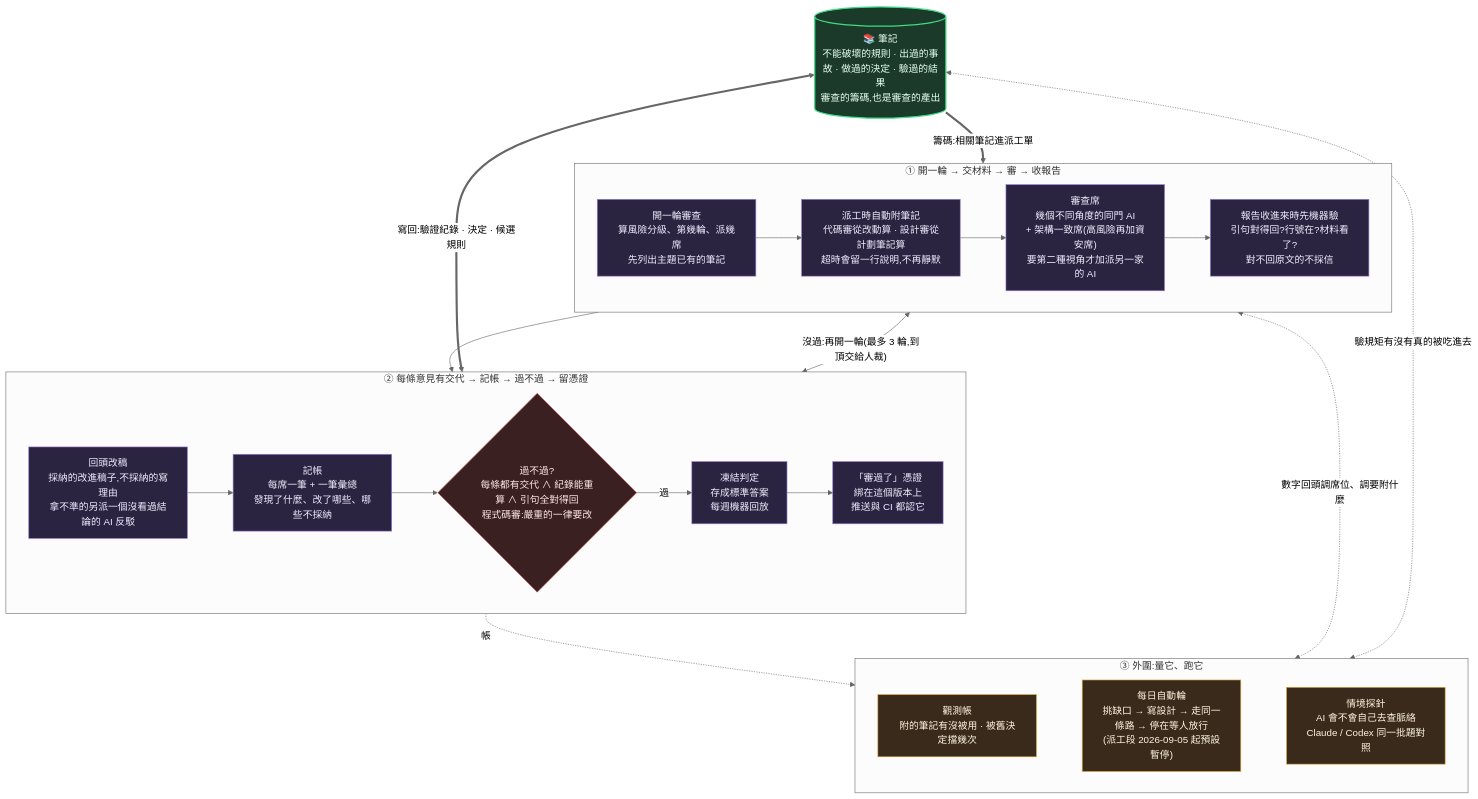
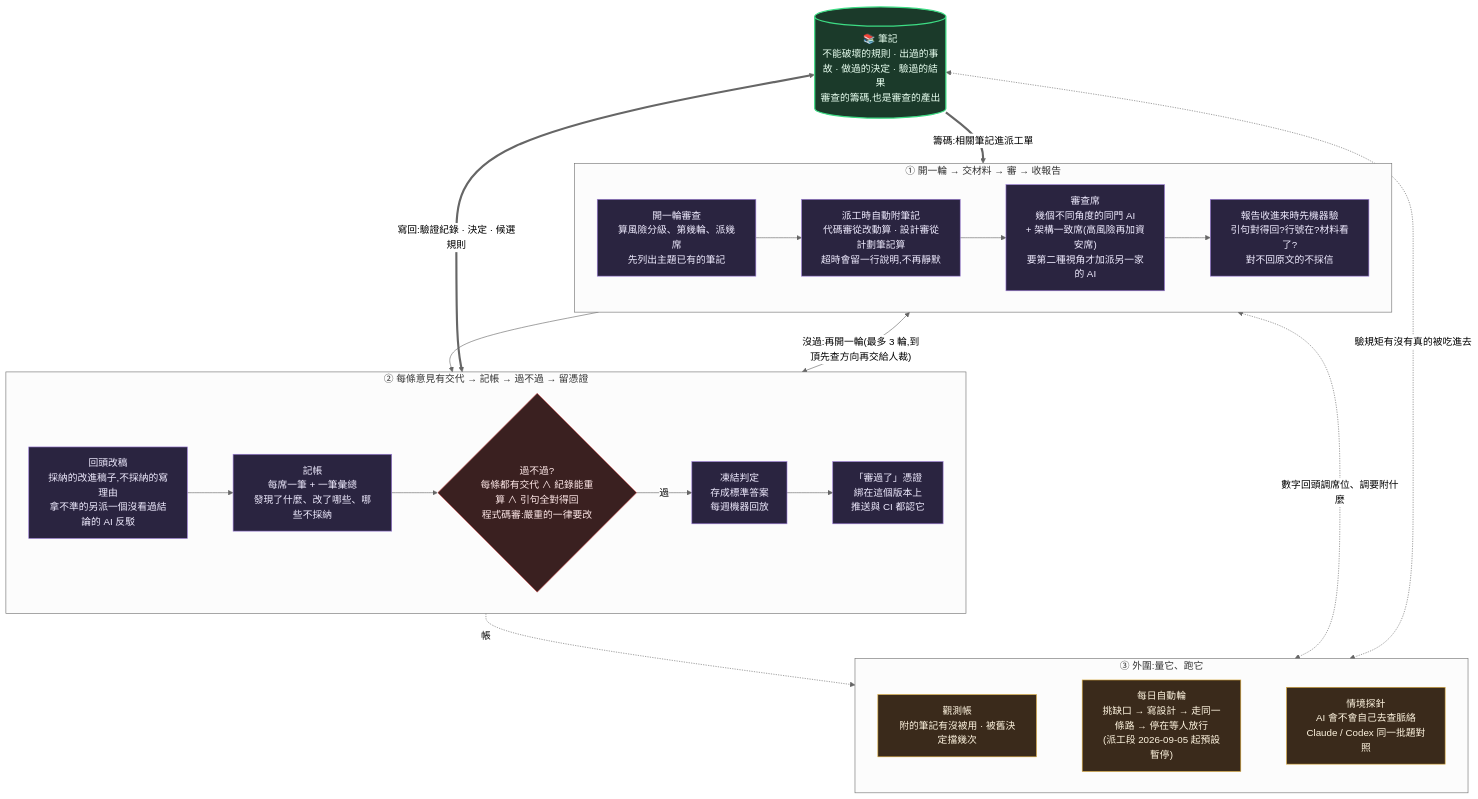
The diagram in docs/心智模型.md (EnzoHsieh-Android/Lumos), drawn with Mermaid (neutral theme) before and after one commit. The commit also changed 12 other files, not shown here.

````diff
--- a/docs/心智模型.md
+++ b/docs/心智模型.md
@@ -107,36 +107,36 @@
 ```mermaid
 flowchart TB
     NODES[("📚 筆記<br/>不能破壞的規則 · 出過的事故 · 做過的決定 · 驗過的結果<br/>審查的籌碼,也是審查的產出")]
 
     subgraph R1["① 開一輪 → 交材料 → 審 → 收報告"]
         direction LR
         NEXT["開一輪審查<br/>算風險分級、第幾輪、派幾席<br/>先列出主題已有的筆記"] --> LENS["派工時自動附筆記<br/>代碼審從改動算 · 設計審從計劃筆記算<br/>超時會留一行說明,不再靜默"] --> SEATS["審查席<br/>幾個不同角度的同門 AI<br/>+ 架構一致席(高風險再加資安席)<br/>要第二種視角才加派另一家的 AI"] --> INTAKE["報告收進來時先機器驗<br/>引句對得回?行號在?材料看了?<br/>對不回原文的不採信"]
     end
 
     subgraph R2["② 每條意見有交代 → 記帳 → 過不過 → 留憑證"]
         direction LR
         FOLD["回頭改稿<br/>採納的改進稿子,不採納的寫理由<br/>拿不準的另派一個沒看過結論的 AI 反駁"] --> LEDGER["記帳<br/>每席一筆 + 一筆彙總<br/>發現了什麼、改了哪些、哪些不採納"] --> GATE{"過不過?<br/>每條都有交代 ∧ 紀錄能重算 ∧ 引句全對得回<br/>程式碼審:嚴重的一律要改"} -->|過| FREEZE["凍結判定<br/>存成標準答案<br/>每週機器回放"] --> PASS["「審過了」憑證<br/>綁在這個版本上<br/>推送與 CI 都認它"]
     end
 
     subgraph R3["③ 外圍:量它、跑它"]
         direction LR
         OBS["觀測帳<br/>附的筆記有沒被用 · 被舊決定擋幾次"] ~~~ AUTO["每日自動輪<br/>挑缺口 → 寫設計 → 走同一條路 → 停在等人放行<br/>(派工段 2026-09-05 起預設暫停)"] ~~~ PROBE["情境探針<br/>AI 會不會自己去查脈絡<br/>Claude / Codex 同一批題對照"]
     end
 
     NODES ==>|"籌碼:相關筆記進派工單"| R1
     R1 --> R2
     R2 -.->|"帳"| R3
     NODES <==>|"寫回:驗證紀錄 · 決定 · 候選規則"| R2
-    R1 <-->|"沒過:再開一輪(最多 3 輪,到頂交給人裁)"| R2
+    R1 <-->|"沒過:再開一輪(最多 3 輪,到頂先查方向再交給人裁)"| R2
     R1 <-.->|"數字回頭調席位、調要附什麼"| R3
     NODES <-.->|"驗規矩有沒有真的被吃進去"| R3
 
     classDef gnode fill:#1b3a2a,stroke:#3ddc84,stroke-width:2px,color:#e8fff0
     classDef step fill:#2a2440,stroke:#9a7bd6,color:#f0ecff
     classDef gate fill:#3a2020,stroke:#dc5b5b,color:#ffe8e8
     classDef obs fill:#3a2a1b,stroke:#dcab3d,color:#fff5e0
     class NODES gnode
     class NEXT,LENS,SEATS,INTAKE,FOLD,LEDGER,FREEZE,PASS step
     class GATE gate
     class OBS,AUTO,PROBE obs
 ```
````
